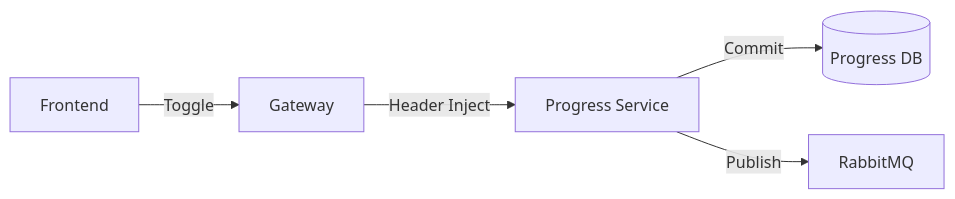
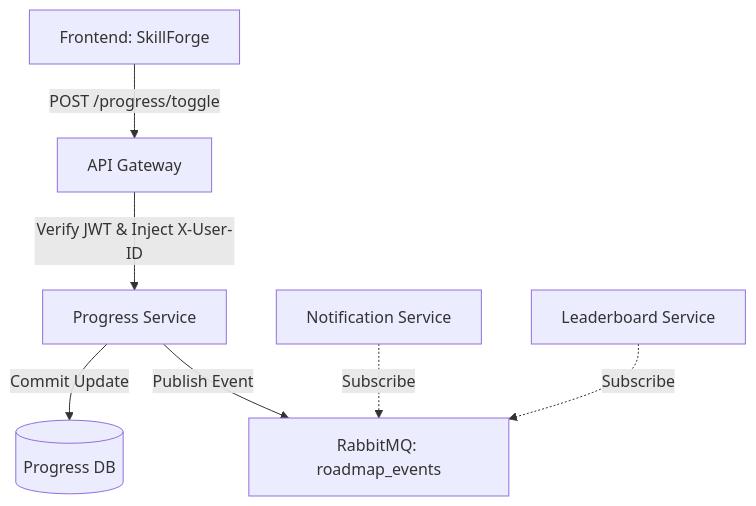
Before and after one commit to Gautam4424/Roadmap-Hub-progress-service: the diagram in PROGRESS_SERVICE_GUIDE.md, drawn with Mermaid. The commit also changed other lines of this file, not shown here.

````diff
--- a/PROGRESS_SERVICE_GUIDE.md
+++ b/PROGRESS_SERVICE_GUIDE.md
@@ -17,7 +13,9 @@
 ```mermaid
-graph LR
-    A[Frontend] -->|Toggle| B[Gateway]
-    B -->|Header Inject| C[Progress Service]
-    C -->|Commit| D[(Progress DB)]
-    C -->|Publish| E[RabbitMQ]
+graph TD
+    A[Frontend: SkillForge] -->|POST /progress/toggle| B[API Gateway]
+    B -->|Verify JWT & Inject X-User-ID| C[Progress Service]
+    C -->|Commit Update| D[(Progress DB)]
+    C -->|Publish Event| E[RabbitMQ: roadmap_events]
+    F[Notification Service] -.->|Subscribe| E
+    G[Leaderboard Service] -.->|Subscribe| E
 ```
````
